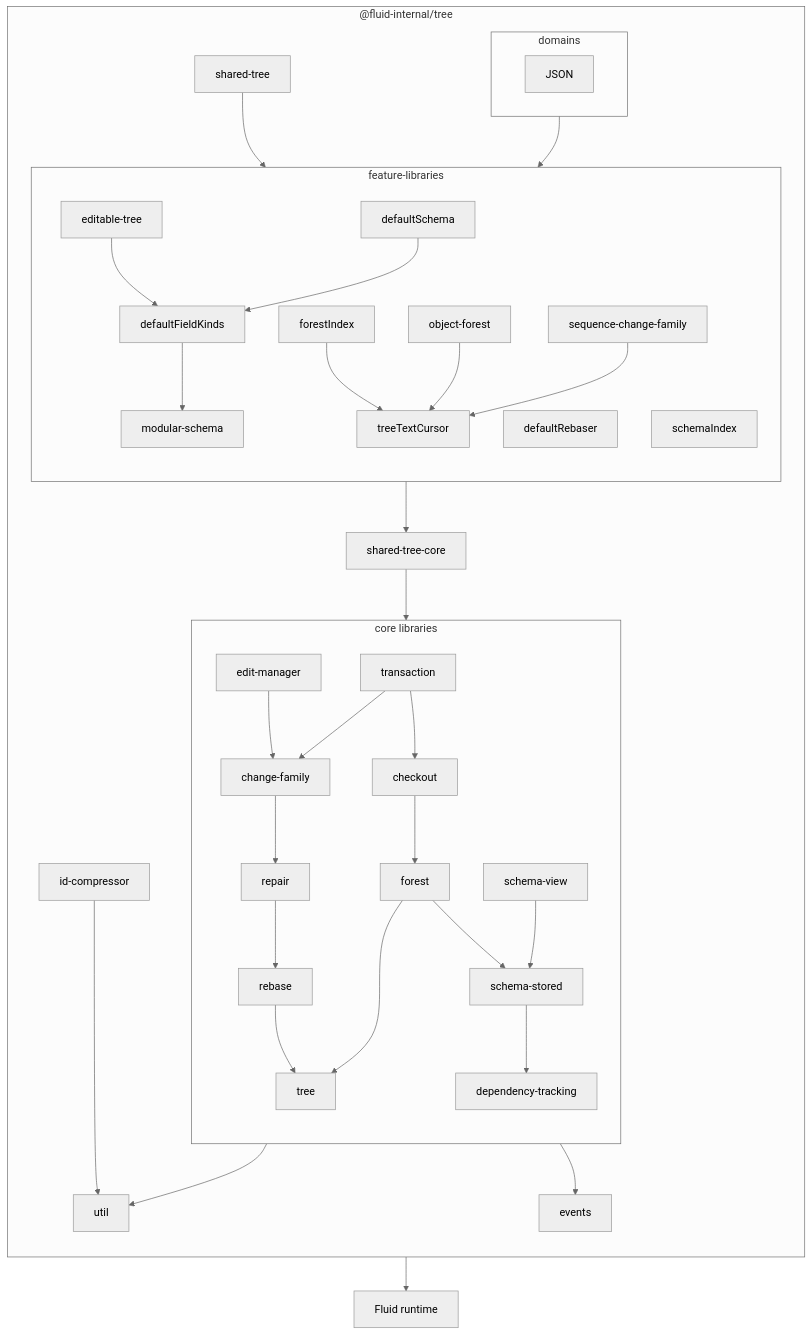
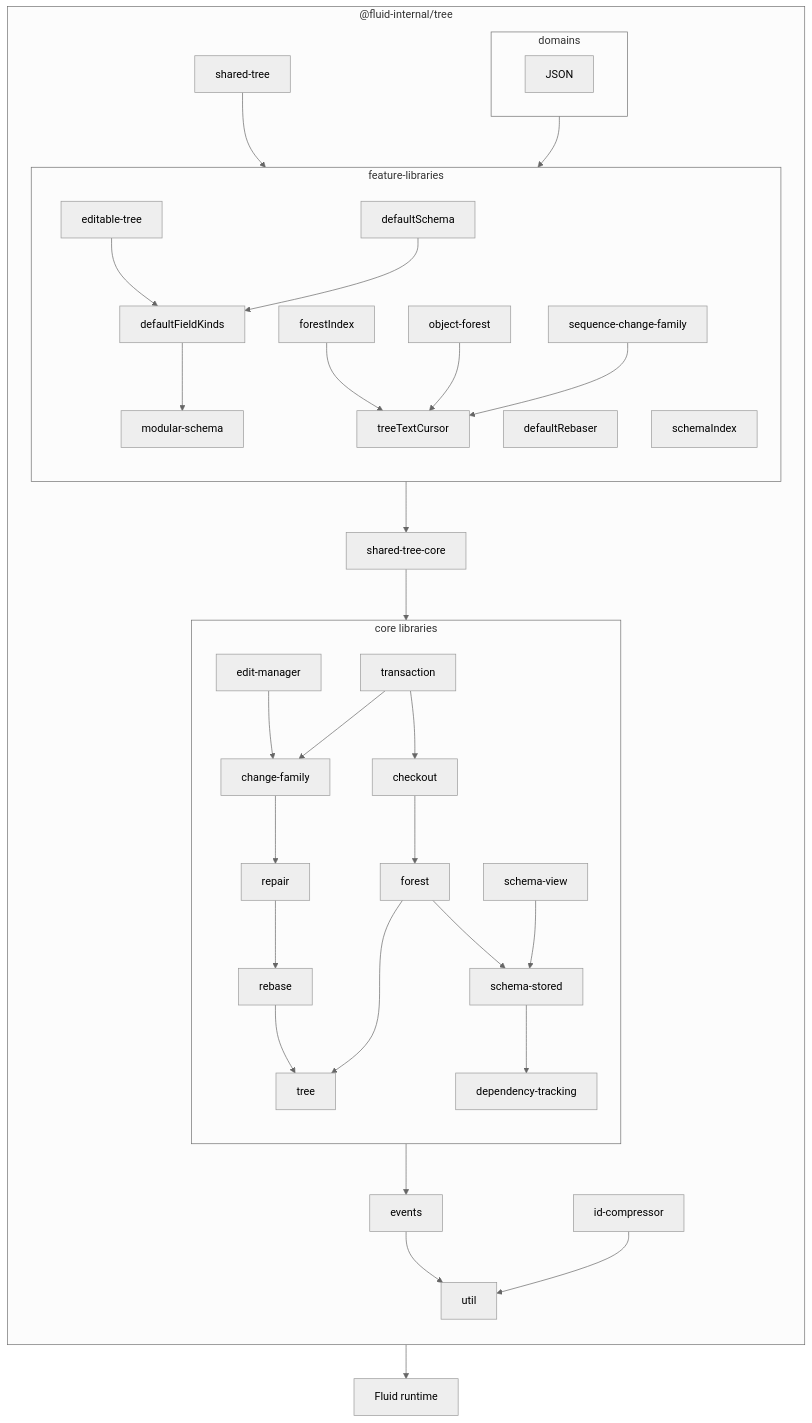
One commit to microsoft/FluidFramework changed the sixth of 6 diagrams in packages/dds/tree/README.md. Above: the diagram before and after it, drawn with Mermaid (neutral theme).

Commit message:
Update dep readme

````diff
--- a/packages/dds/tree/README.md
+++ b/packages/dds/tree/README.md
@@ -298,44 +298,43 @@
 ```mermaid
 flowchart
     direction TB
     subgraph package ["@fluid-internal/tree"]
         direction TB
         subgraph core ["core libraries"]
             direction TB
             checkout-->forest
             forest-->schema-stored
             change-family-->repair
             edit-manager-->change-family
             repair-->rebase
             rebase-->tree
             schema-stored-->dependency-tracking
             schema-view-->schema-stored
             transaction-->change-family
             transaction-->checkout
             dependency-tracking
             forest-->tree
         end
-        core-->events
-        core-->util
+        core-->events-->util
         id-compressor-->util
         feature-->shared-tree-core
         shared-tree-core-->core
         shared-tree-->feature
         subgraph feature ["feature-libraries"]
             direction TB
             editable-tree-->defaultFieldKinds
             defaultRebaser
             defaultSchema-->defaultFieldKinds-->modular-schema
             forestIndex-->treeTextCursor
             modular-schema
             object-forest-->treeTextCursor
             schemaIndex
             sequence-change-family-->treeTextCursor
         end
         subgraph domains
             JSON
         end
         domains-->feature
     end
     package-->runtime["Fluid runtime"]
 ```
````
